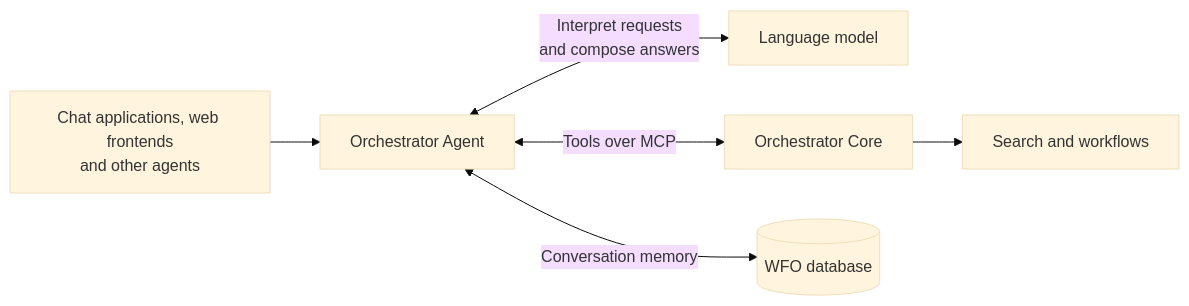
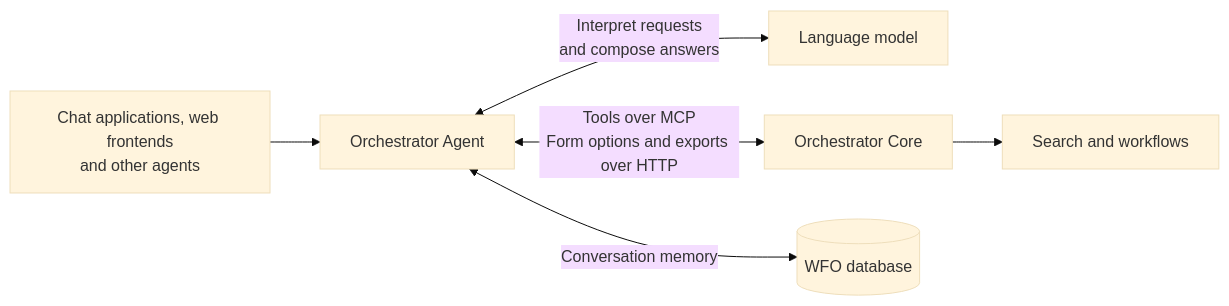
One commit to workfloworchestrator/orchestrator-agent changed the diagram in docs/architecture/index.md. Above: the diagram before and after it, drawn with Mermaid (base theme). The commit also changed other lines of this file and 11 other files, not shown here.

Commit message:
docs: align architecture and references with current main

````diff
--- a/docs/architecture/index.md
+++ b/docs/architecture/index.md
@@ -9,8 +9,8 @@
 ```mermaid
 flowchart LR
     C[Chat applications, web frontends<br/>and other agents] --> A[Orchestrator Agent]
     A <-->|Interpret requests<br/>and compose answers| L[Language model]
-    A <-->|Tools over MCP| O[Orchestrator Core]
+    A <-->|Tools over MCP<br/>Form options and exports over HTTP| O[Orchestrator Core]
     O --> S[Search and workflows]
     A <-->|Conversation memory| D[(WFO database)]
 ```
````
